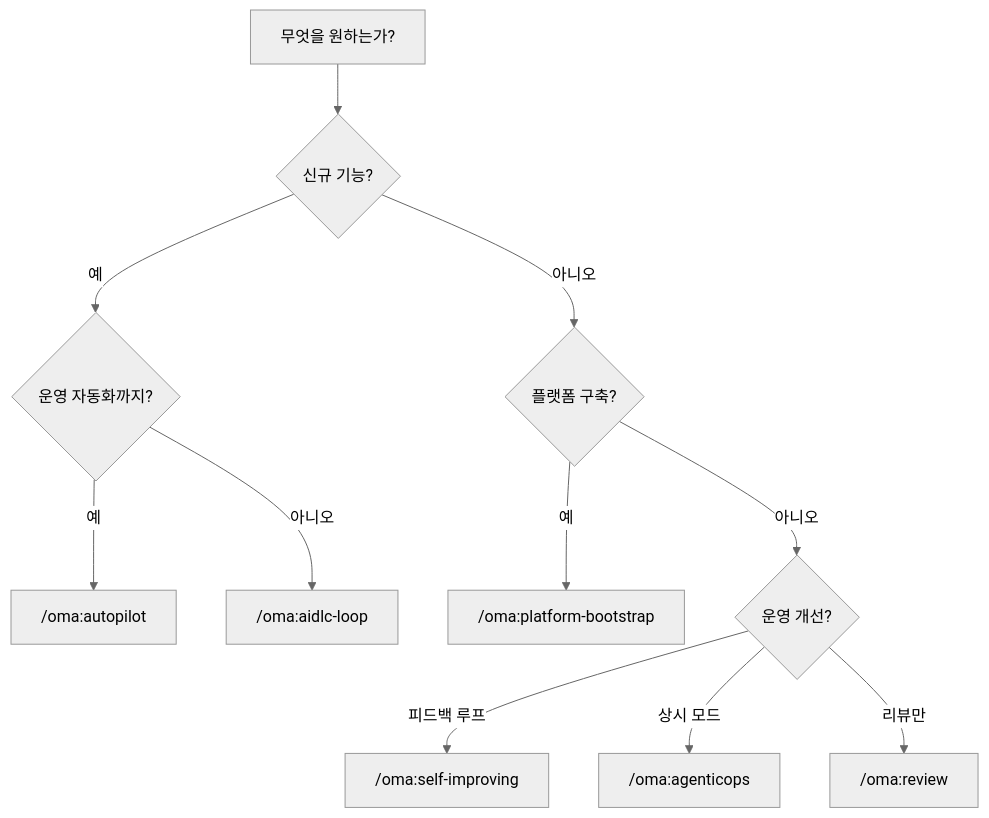
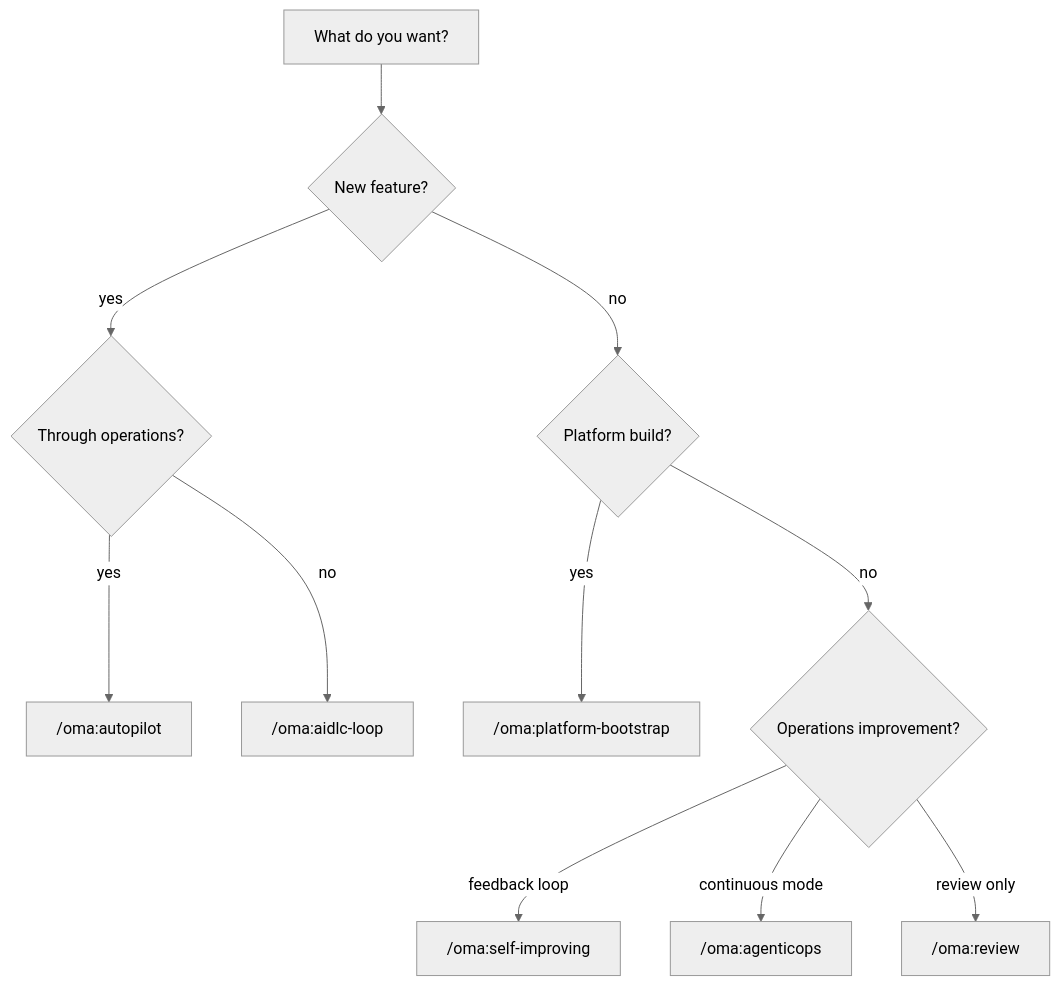
One commit to devfloor9/sample-oh-my-aidlcops changed the second of 2 diagrams in docs/docs/tier-0-workflows.md. Above: the diagram before and after it, drawn with Mermaid (neutral theme). The commit also changed other lines of this file and 44 other files, not shown here.

````diff
--- a/docs/docs/tier-0-workflows.md
+++ b/docs/docs/tier-0-workflows.md
@@ -291,13 +291,13 @@
 ```mermaid
 flowchart TB
-    S[무엇을 원하는가?] --> Q1{신규 기능?}
-    Q1 -->|예| Q2{운영 자동화까지?}
-    Q2 -->|예| A["/oma:autopilot"]
-    Q2 -->|아니오| B["/oma:aidlc-loop"]
-    Q1 -->|아니오| Q3{플랫폼 구축?}
-    Q3 -->|예| C["/oma:platform-bootstrap"]
-    Q3 -->|아니오| Q4{운영 개선?}
-    Q4 -->|피드백 루프| D["/oma:self-improving"]
-    Q4 -->|상시 모드| E["/oma:agenticops"]
-    Q4 -->|리뷰만| F["/oma:review"]
+    S[What do you want?] --> Q1{New feature?}
+    Q1 -->|yes| Q2{Through operations?}
+    Q2 -->|yes| A["/oma:autopilot"]
+    Q2 -->|no| B["/oma:aidlc-loop"]
+    Q1 -->|no| Q3{Platform build?}
+    Q3 -->|yes| C["/oma:platform-bootstrap"]
+    Q3 -->|no| Q4{Operations improvement?}
+    Q4 -->|feedback loop| D["/oma:self-improving"]
+    Q4 -->|continuous mode| E["/oma:agenticops"]
+    Q4 -->|review only| F["/oma:review"]
 ```
````
